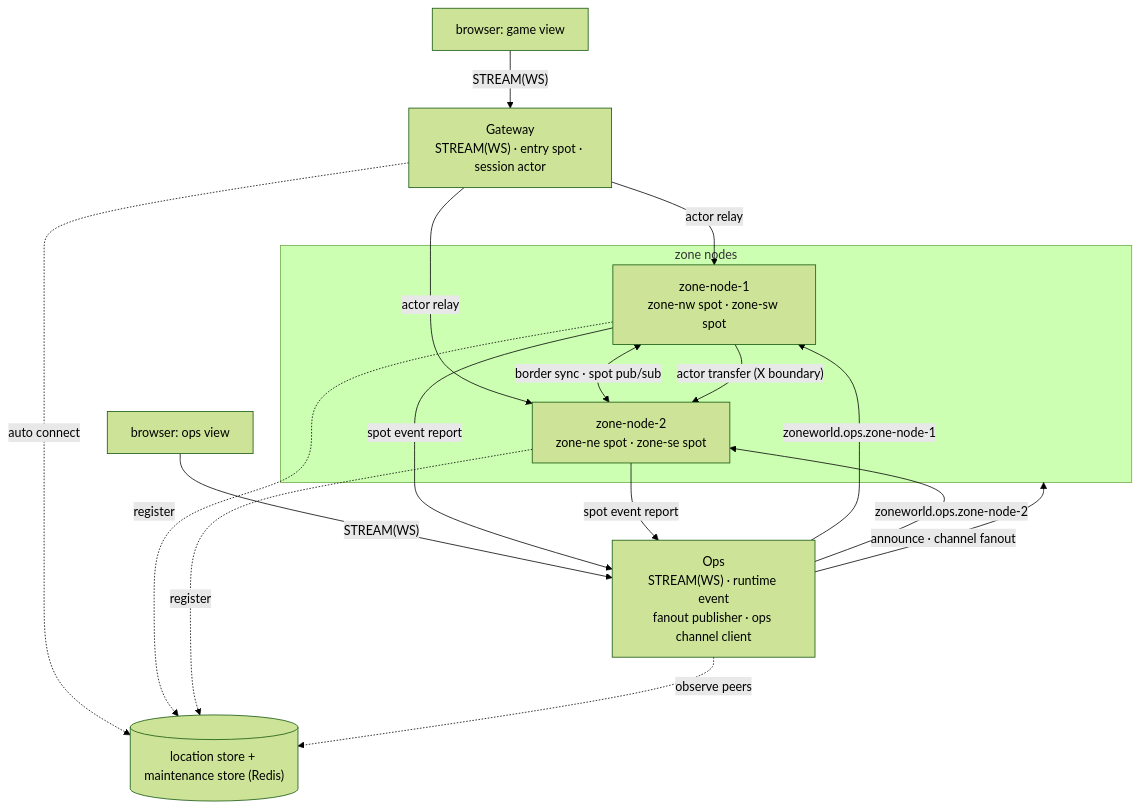
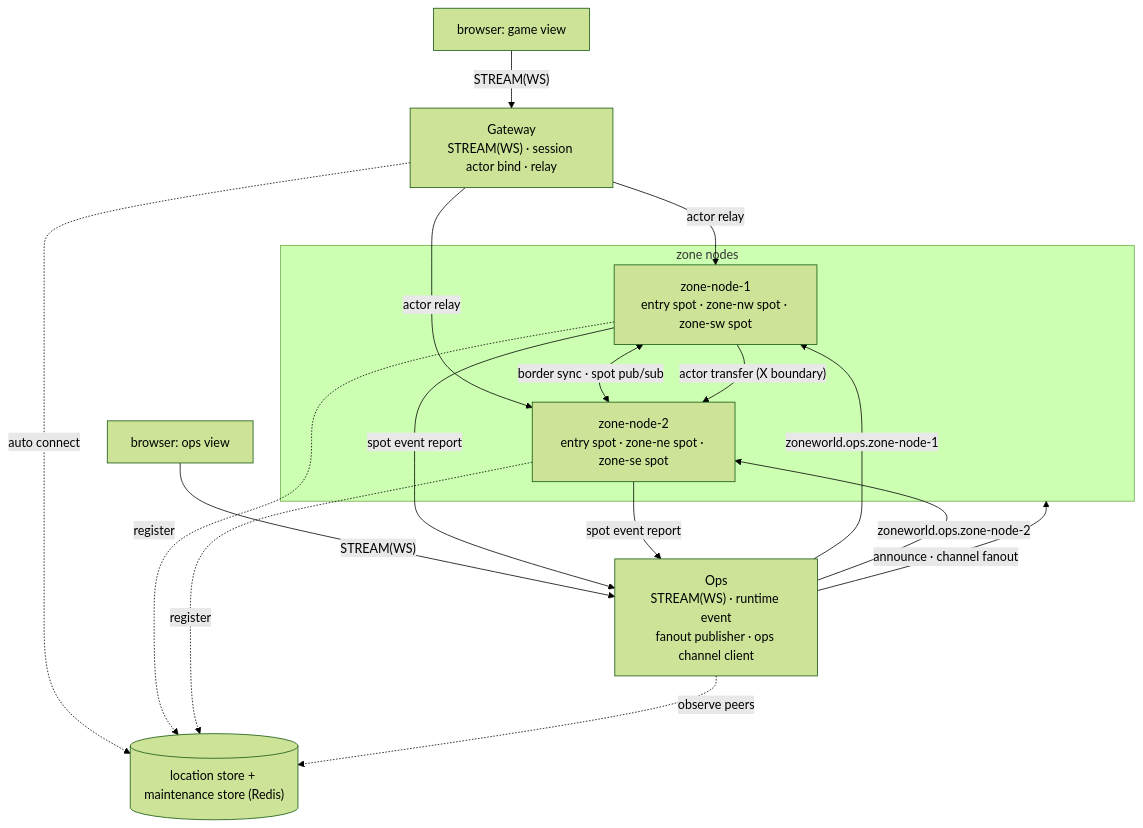
The first of 3 diagrams in framework/doc/framework/common/sample/zoneworld/README.ko.md (kairos-code-dev/zlink), drawn with Mermaid (forest theme) before and after one commit. The commit also changed other lines of this file and 49 other files, not shown here.

````diff
--- a/framework/doc/framework/common/sample/zoneworld/README.ko.md
+++ b/framework/doc/framework/common/sample/zoneworld/README.ko.md
@@ -286,28 +301,28 @@
 ```mermaid
 graph TD
     B1["browser: game view"]
     B2["browser: ops view"]
-    GW["Gateway<br/>STREAM(WS) · entry spot · session actor"]
+    GW["Gateway<br/>STREAM(WS) · session actor bind · relay"]
     OPS["Ops<br/>STREAM(WS) · runtime event<br/>fanout publisher · ops channel client"]
     subgraph ZN["zone nodes"]
-      Z1["zone-node-1<br/>zone-nw spot · zone-sw spot"]
-      Z2["zone-node-2<br/>zone-ne spot · zone-se spot"]
+      Z1["zone-node-1<br/>entry spot · zone-nw spot · zone-sw spot"]
+      Z2["zone-node-2<br/>entry spot · zone-ne spot · zone-se spot"]
     end
     LS[("location store + maintenance store (Redis)")]
 
     B1 -->|"STREAM(WS)"| GW
     B2 -->|"STREAM(WS)"| OPS
     GW -->|"actor relay"| Z1
     GW -->|"actor relay"| Z2
     Z1 <-->|"border sync · spot pub/sub"| Z2
     Z1 -->|"actor transfer (X boundary)"| Z2
     OPS -->|"announce · channel fanout"| ZN
     OPS -->|"zoneworld.ops.zone-node-1"| Z1
     OPS -->|"zoneworld.ops.zone-node-2"| Z2
     Z1 -->|"spot event report"| OPS
     Z2 -->|"spot event report"| OPS
     GW -. auto connect .-> LS
     Z1 -. register .-> LS
     Z2 -. register .-> LS
     OPS -. observe peers .-> LS
 ```
````
